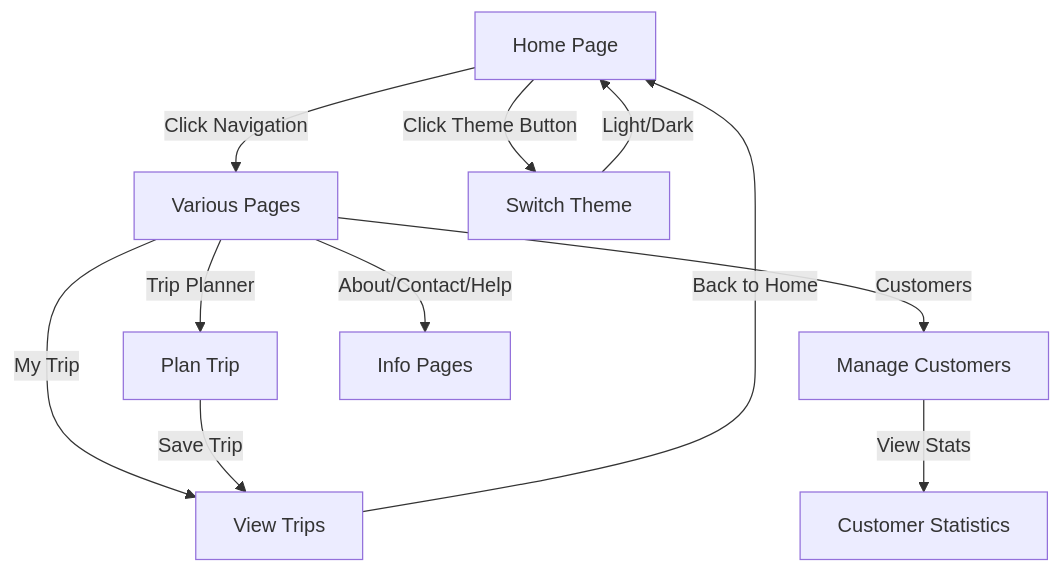
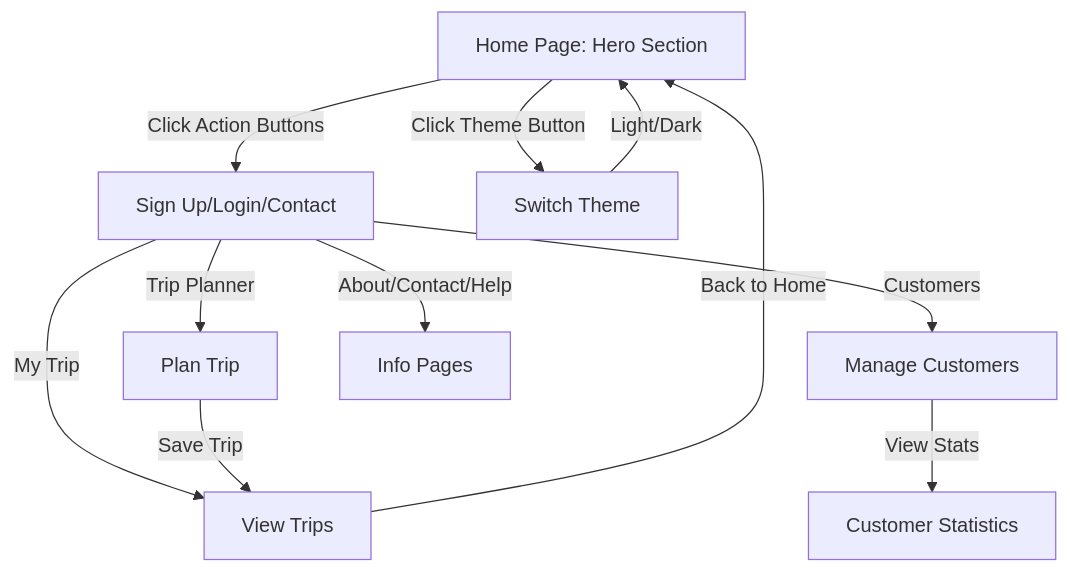
Before and after one commit to wu-web-camp/tiew-next: the diagram in README.md, drawn with Mermaid. The commit also changed other lines of this file and 5 other files, not shown here.

````diff
--- a/README.md
+++ b/README.md
@@ -86,15 +103,15 @@
 ```mermaid
 flowchart TD
-    A[Home Page] -->|Click Navigation| B[Various Pages]
+    A[Home Page: Hero Section] -->|Click Action Buttons| B[Sign Up/Login/Contact]
     B -->|Trip Planner| C[Plan Trip]
     B -->|Customers| D[Manage Customers]
     B -->|My Trip| E[View Trips]
     B -->|About/Contact/Help| F[Info Pages]
     C -->|Save Trip| E
     D -->|View Stats| G[Customer Statistics]
     E -->|Back to Home| A
     A -->|Click Theme Button| H[Switch Theme]
     H -->|Light/Dark| A
     %% UI Section
     %% Backend (future): C, D, E
 ```
````
